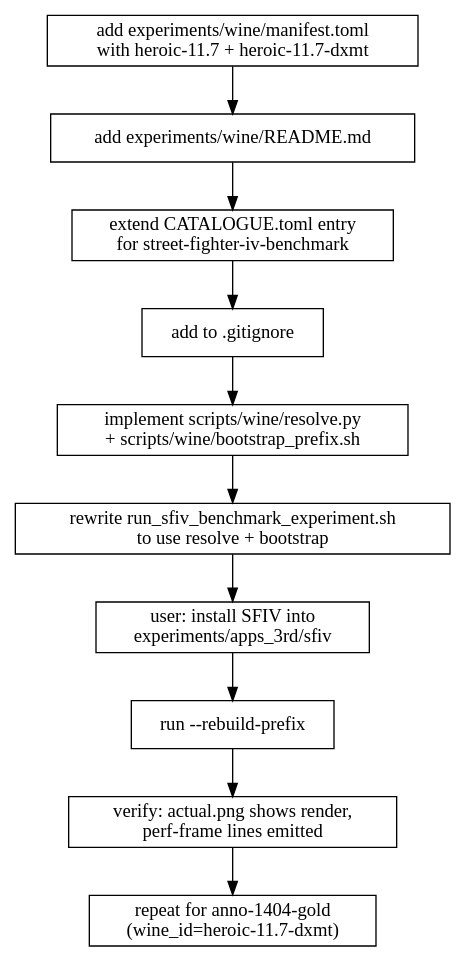
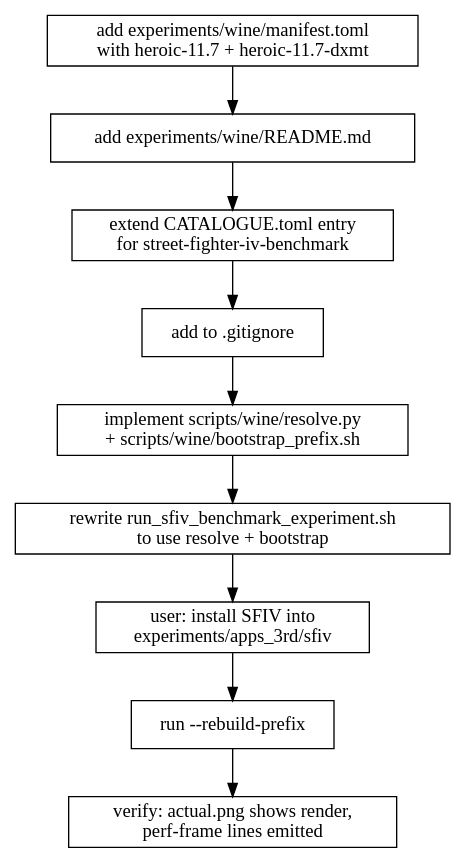
One commit to dfdgsdfg/dxmt9 changed the fourth of 4 diagrams in specs/experiments/runtime/design.md. Above: the diagram before and after it, drawn with Graphviz. The commit also changed other lines of this file and 42 other files, not shown here.

````diff
--- a/specs/experiments/runtime/design.md
+++ b/specs/experiments/runtime/design.md
@@ -261,16 +259,15 @@
 ```dot
 digraph migrate_sfiv {
   s1[shape=box, label="add experiments/wine/manifest.toml\nwith heroic-11.7 + heroic-11.7-dxmt"];
   s2[shape=box, label="add experiments/wine/README.md"];
   s3[shape=box, label="extend CATALOGUE.toml entry\nfor street-fighter-iv-benchmark"];
   s4[shape=box, label="add to .gitignore"];
   s5[shape=box, label="implement scripts/wine/resolve.py\n+ scripts/wine/bootstrap_prefix.sh"];
   s6[shape=box, label="rewrite run_sfiv_benchmark_experiment.sh\nto use resolve + bootstrap"];
   s7[shape=box, label="user: install SFIV into\nexperiments/apps_3rd/sfiv"];
   s8[shape=box, label="run --rebuild-prefix"];
   s9[shape=box, label="verify: actual.png shows render,\nperf-frame lines emitted"];
-  s10[shape=box, label="repeat for anno-1404-gold\n(wine_id=heroic-11.7-dxmt)"];
 
-  s1 -> s2 -> s3 -> s4 -> s5 -> s6 -> s7 -> s8 -> s9 -> s10;
+  s1 -> s2 -> s3 -> s4 -> s5 -> s6 -> s7 -> s8 -> s9;
 }
 ```
````
